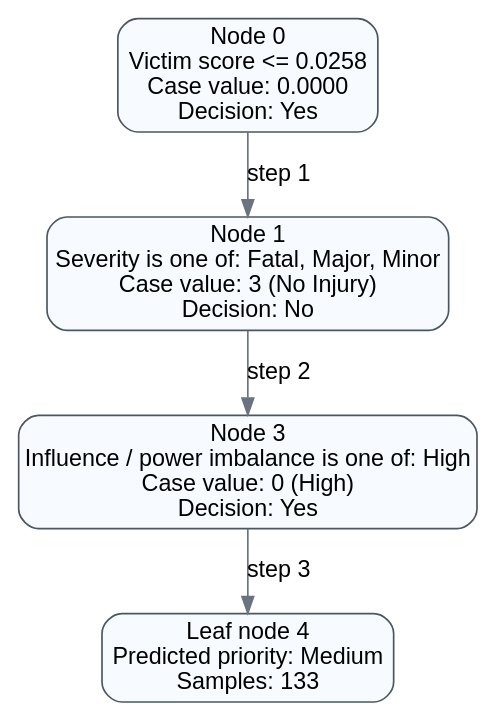
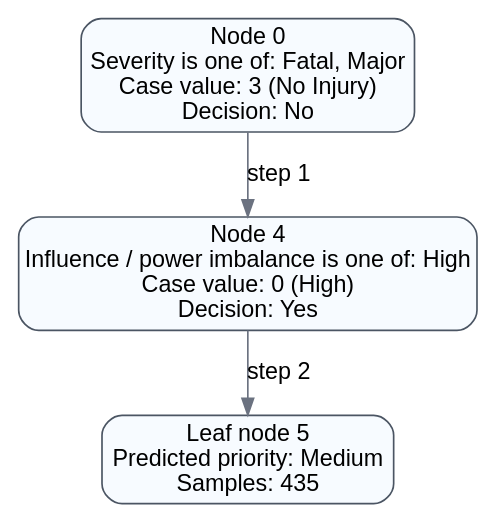
The diagram in case_priority_system/decision_graphs/Cipla_Limited_vs_Union_Of_India_on_1_January_1800_decision_path.dot (The-Yesh21/Anavaya-back-end), drawn with Graphviz before and after one commit. The commit also changed 17 other files, not shown here.

```diff
--- a/case_priority_system/decision_graphs/Cipla_Limited_vs_Union_Of_India_on_1_January_1800_decision_path.dot
+++ b/case_priority_system/decision_graphs/Cipla_Limited_vs_Union_Of_India_on_1_January_1800_decision_path.dot
@@ -1,12 +1,10 @@
 digraph DecisionPath {
   rankdir=TB;
   node [shape=box, style="rounded,filled", fillcolor="#F7FBFF", color="#4B5563", fontname="Arial"];
   edge [color="#6B7280", fontname="Arial"];
-  n0 [label="Node 0\nVictim score <= 0.0258\nCase value: 0.0000\nDecision: Yes"];
-  n1 [label="Node 1\nSeverity is one of: Fatal, Major, Minor\nCase value: 3 (No Injury)\nDecision: No"];
-  n0 -> n1 [label="step 1"];
-  n3 [label="Node 3\nInfluence / power imbalance is one of: High\nCase value: 0 (High)\nDecision: Yes"];
-  n1 -> n3 [label="step 2"];
-  n4 [label="Leaf node 4\nPredicted priority: Medium\nSamples: 133"];
-  n3 -> n4 [label="step 3"];
+  n0 [label="Node 0\nSeverity is one of: Fatal, Major\nCase value: 3 (No Injury)\nDecision: No"];
+  n4 [label="Node 4\nInfluence / power imbalance is one of: High\nCase value: 0 (High)\nDecision: Yes"];
+  n0 -> n4 [label="step 1"];
+  n5 [label="Leaf node 5\nPredicted priority: Medium\nSamples: 435"];
+  n4 -> n5 [label="step 2"];
 }
```
